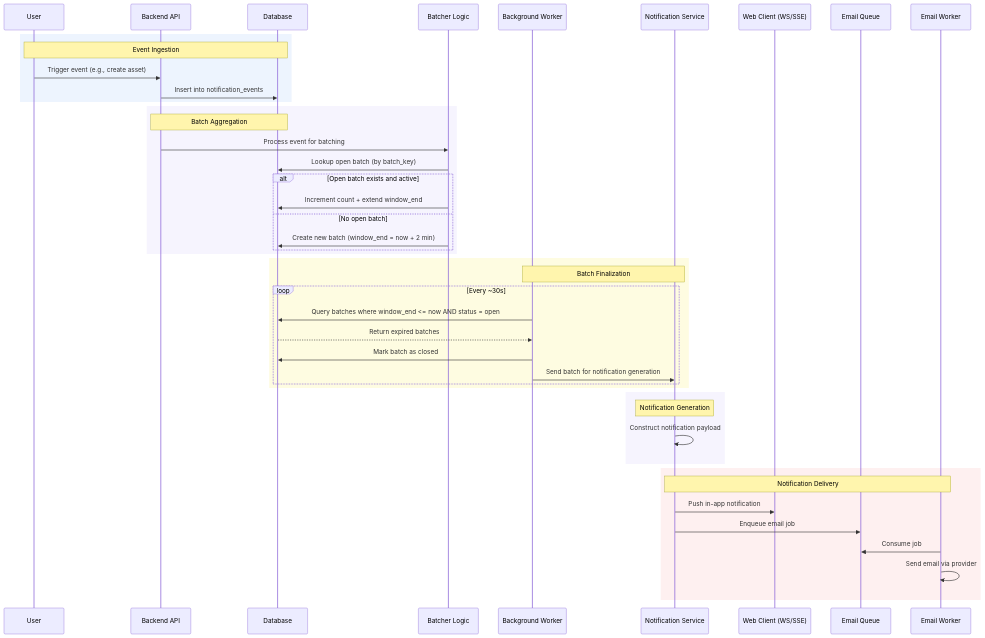
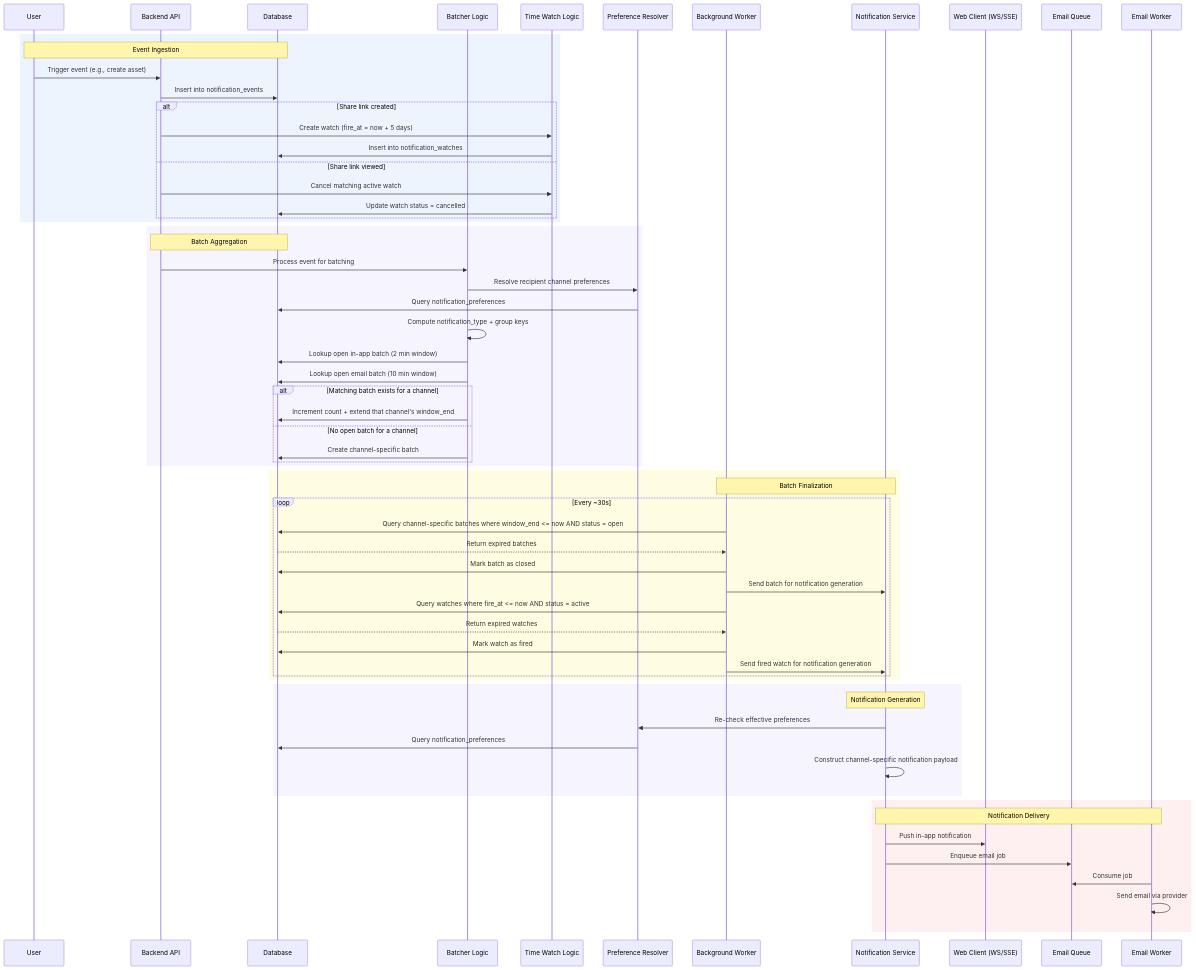
One commit to g1776/Air-Backend-Engineering-Challenge changed the first of 2 diagrams in EVENT_FLOW_AND_ARCHITECTURE.md. Above: the diagram before and after it, drawn with Mermaid. The commit also changed other lines of this file and 3 other files, not shown here.

````diff
--- a/EVENT_FLOW_AND_ARCHITECTURE.md
+++ b/EVENT_FLOW_AND_ARCHITECTURE.md
@@ -15,58 +18,77 @@
 ```mermaid
 sequenceDiagram
     participant U as User
     participant API as Backend API
     participant DB as Database
     participant B as Batcher Logic
+    participant T as Time Watch Logic
+    participant P as Preference Resolver
     participant W as Background Worker
     participant N as Notification Service
     participant WS as Web Client (WS/SSE)
     participant Q as Email Queue
     participant E as Email Worker
 
     %% Event Ingestion
     rect rgba(219, 234, 254, 0.5)
         Note over U, DB: Event Ingestion
         U->>API: Trigger event (e.g., create asset)
         API->>DB: Insert into notification_events
+        alt Share link created
+            API->>T: Create watch (fire_at = now + 5 days)
+            T->>DB: Insert into notification_watches
+        else Share link viewed
+            API->>T: Cancel matching active watch
+            T->>DB: Update watch status = cancelled
+        end
     end
 
     %% Batch Aggregation
     rect rgba(237, 233, 254, 0.5)
         Note over API, DB: Batch Aggregation
         API->>B: Process event for batching
-        B->>DB: Lookup open batch (by batch_key)
+        B->>P: Resolve recipient channel preferences
+        P->>DB: Query notification_preferences
+        B->>B: Compute notification_type + group keys
+        B->>DB: Lookup open in-app batch (2 min window)
+        B->>DB: Lookup open email batch (10 min window)
 
-        alt Open batch exists and active
-            B->>DB: Increment count + extend window_end
-        else No open batch
-            B->>DB: Create new batch (window_end = now + 2 min)
+        alt Matching batch exists for a channel
+            B->>DB: Increment count + extend that channel's window_end
+        else No open batch for a channel
+            B->>DB: Create channel-specific batch
         end
     end
 
     %% Batch Finalization
     rect rgba(254, 249, 195, 0.5)
         Note over W, N: Batch Finalization
         loop Every ~30s
-            W->>DB: Query batches where window_end <= now AND status = open
+            W->>DB: Query channel-specific batches where window_end <= now AND status = open
             DB-->>W: Return expired batches
             W->>DB: Mark batch as closed
             W->>N: Send batch for notification generation
+            W->>DB: Query watches where fire_at <= now AND status = active
+            DB-->>W: Return expired watches
+            W->>DB: Mark watch as fired
+            W->>N: Send fired watch for notification generation
         end
     end
 
     %% Notification Generation
     rect rgba(237, 233, 254, 0.5)
         Note over N: Notification Generation
-        N->>N: Construct notification payload
+        N->>P: Re-check effective preferences
+        P->>DB: Query notification_preferences
+        N->>N: Construct channel-specific notification payload
     end
 
     %% Notification Delivery
     rect rgba(254, 226, 226, 0.5)
         Note over N, E: Notification Delivery
         N->>WS: Push in-app notification
         N->>Q: Enqueue email job
         E->>Q: Consume job
         E->>E: Send email via provider
     end
 ```
````
